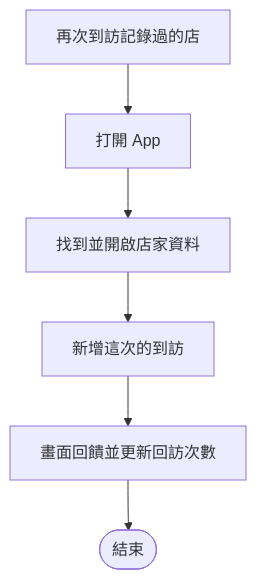
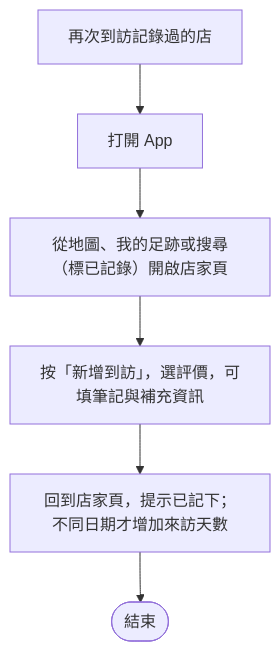
One commit to TooruTW/anaba changed the third of 5 diagrams in DOC/user_stories/mvp-user-scenarios.md. Above: the diagram before and after it, drawn with Mermaid. The commit also changed other lines of this file and 7 other files, not shown here.

````diff
--- a/DOC/user_stories/mvp-user-scenarios.md
+++ b/DOC/user_stories/mvp-user-scenarios.md
@@ -44,8 +44,8 @@
 ```mermaid
 flowchart TD
     A[再次到訪記錄過的店] --> B[打開 App]
-    B --> C[找到並開啟店家資料]
-    C --> D[新增這次的到訪]
-    D --> E[畫面回饋並更新回訪次數]
+    B --> C[從地圖、我的足跡或搜尋（標已記錄）開啟店家頁]
+    C --> D[按「新增到訪」，選評價，可填筆記與補充資訊]
+    D --> E[回到店家頁，提示已記下；不同日期才增加來訪天數]
     E --> F([結束])
 ```
````
